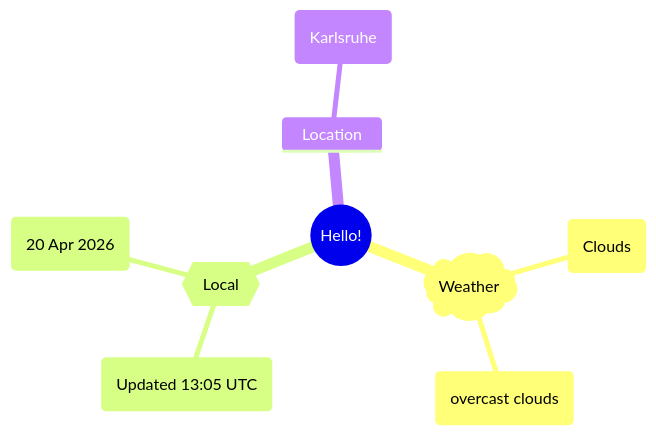
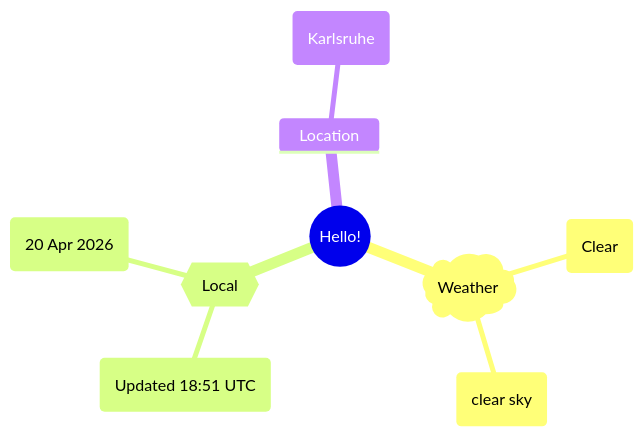
One commit to Xosrov/Xosrov changed the first of 2 diagrams in README.md. Above: the diagram before and after it, drawn with Mermaid.

Commit message:
[bot] updated images

````diff
--- a/README.md
+++ b/README.md
@@ -3,12 +3,12 @@
 ```mermaid
 mindmap
   root((Hello!))
     )Weather(
-        (Clouds)
-        (overcast clouds)
+        (Clear)
+        (clear sky)
     {{Local}}
-        (Updated 13:05 UTC)
+        (Updated 18:51 UTC)
         (20 Apr 2026)
     Location
         (Karlsruhe)
 ```
````
